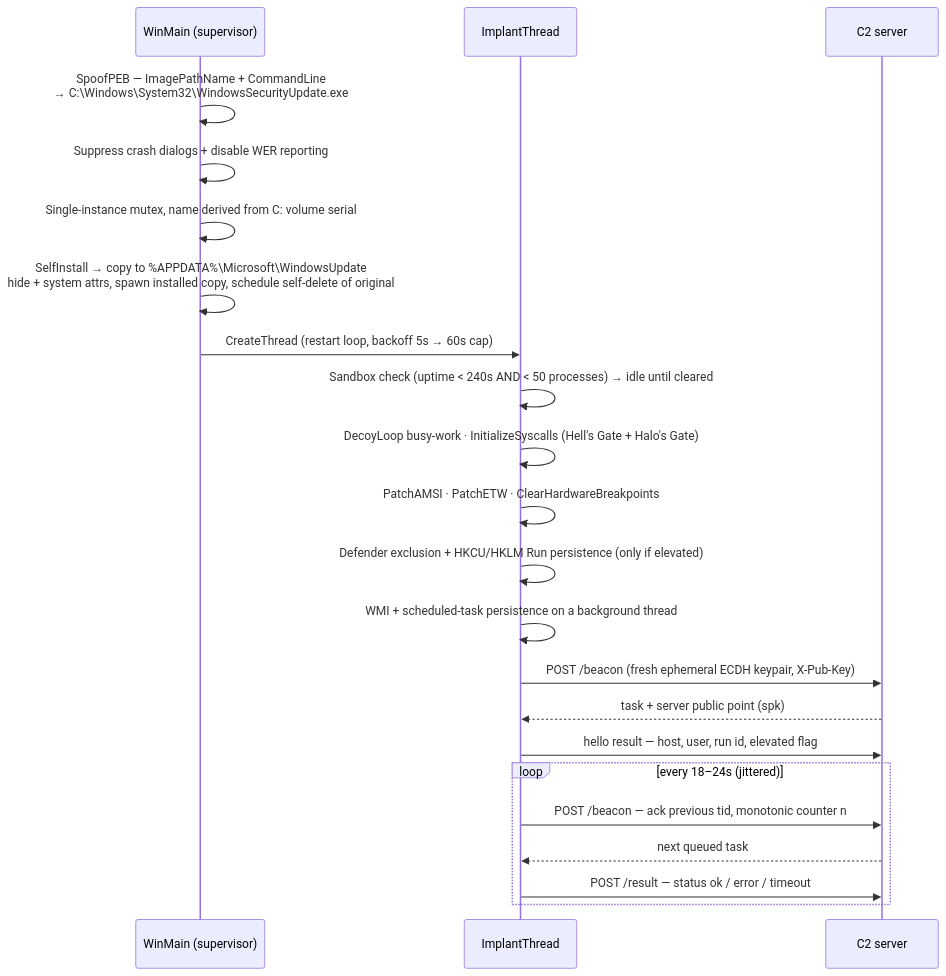
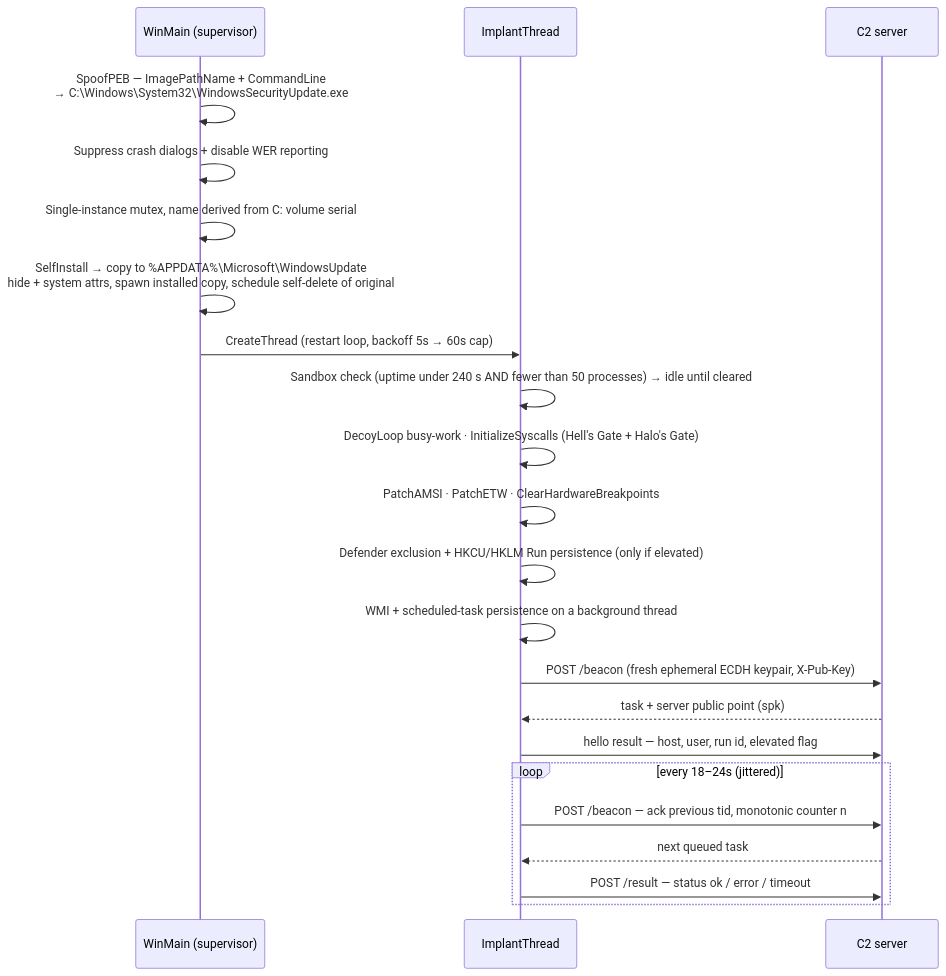
The second of 3 diagrams in README.md (kalidada18/ghostimplant), drawn with Mermaid before and after one commit. The commit also changed other lines of this file, not shown here.

````diff
--- a/README.md
+++ b/README.md
@@ -189,25 +189,25 @@
 ```mermaid
 sequenceDiagram
     participant W as WinMain (supervisor)
     participant T as ImplantThread
     participant S as C2 server
 
     W->>W: SpoofPEB — ImagePathName + CommandLine<br/>→ C:\Windows\System32\WindowsSecurityUpdate.exe
     W->>W: Suppress crash dialogs + disable WER reporting
     W->>W: Single-instance mutex, name derived from C: volume serial
     W->>W: SelfInstall → copy to %APPDATA%\Microsoft\WindowsUpdate<br/>hide + system attrs, spawn installed copy, schedule self-delete of original
     W->>T: CreateThread (restart loop, backoff 5s → 60s cap)
-    T->>T: Sandbox check (uptime < 240s AND < 50 processes) → idle until cleared
+    T->>T: Sandbox check (uptime under 240 s AND fewer than 50 processes) → idle until cleared
     T->>T: DecoyLoop busy-work · InitializeSyscalls (Hell's Gate + Halo's Gate)
     T->>T: PatchAMSI · PatchETW · ClearHardwareBreakpoints
     T->>T: Defender exclusion + HKCU/HKLM Run persistence (only if elevated)
     T->>T: WMI + scheduled-task persistence on a background thread
     T->>S: POST /beacon  (fresh ephemeral ECDH keypair, X-Pub-Key)
     S-->>T: task + server public point (spk)
     T->>S: hello result — host, user, run id, elevated flag
     loop every 18–24s (jittered)
         T->>S: POST /beacon — ack previous tid, monotonic counter n
         S-->>T: next queued task
         T->>S: POST /result — status ok / error / timeout
     end
 ```
````
